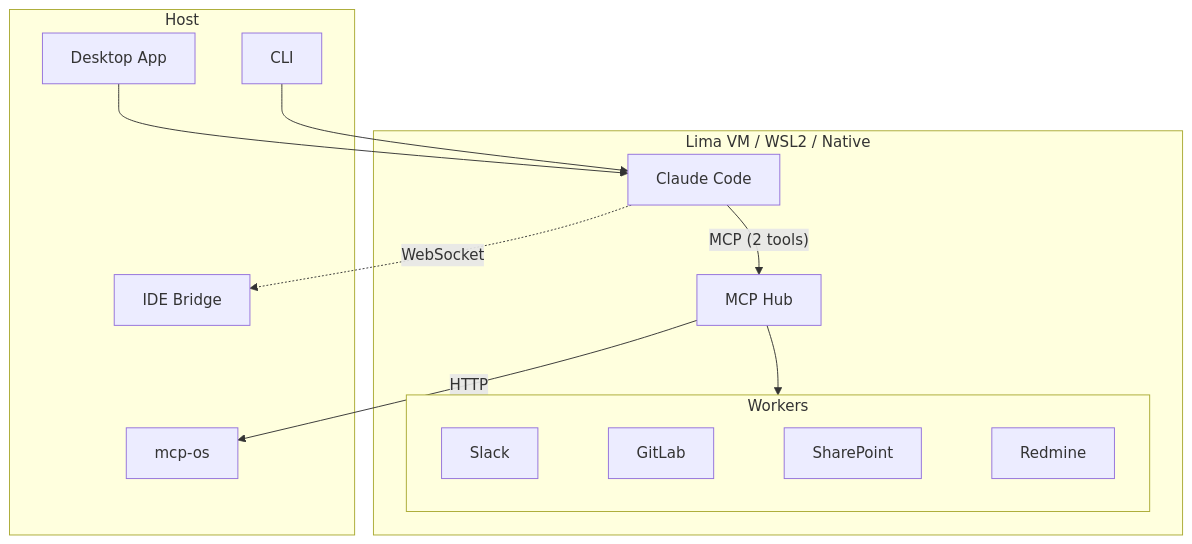
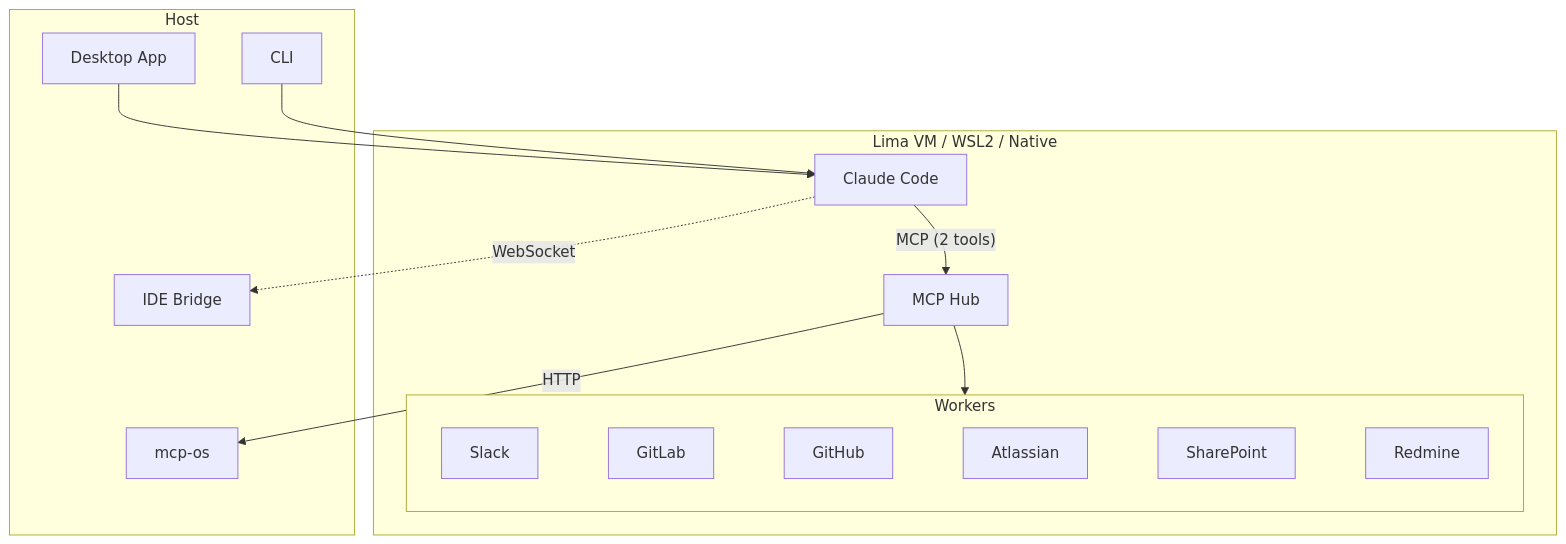
The diagram in README.md (speednet-software/speedwave), drawn with Mermaid before and after one commit. The commit also changed other lines of this file and 43 other files, not shown here.

````diff
--- a/README.md
+++ b/README.md
@@ -51,23 +51,23 @@
 ```mermaid
 graph TB
     subgraph Host[" Host "]
         APP[Desktop App] & CLI[CLI]
         IDE[IDE Bridge]
         MCP_OS[mcp-os]
     end
 
     subgraph VM[" Lima VM / WSL2 / Native "]
         CLAUDE[Claude Code]
         HUB[MCP Hub]
         subgraph Workers[" Workers "]
             direction LR
-            SLACK[Slack] ~~~ GITLAB[GitLab] ~~~ SP[SharePoint] ~~~ REDMINE[Redmine]
+            SLACK[Slack] ~~~ GITLAB[GitLab] ~~~ GITHUB[GitHub] ~~~ ATLASSIAN[Atlassian] ~~~ SP[SharePoint] ~~~ REDMINE[Redmine]
         end
     end
 
     APP & CLI --> CLAUDE
     CLAUDE -- "MCP (2 tools)" --> HUB
     CLAUDE -. "WebSocket" .-> IDE
     HUB --> Workers
     HUB -- "HTTP" --> MCP_OS
 ```
````
